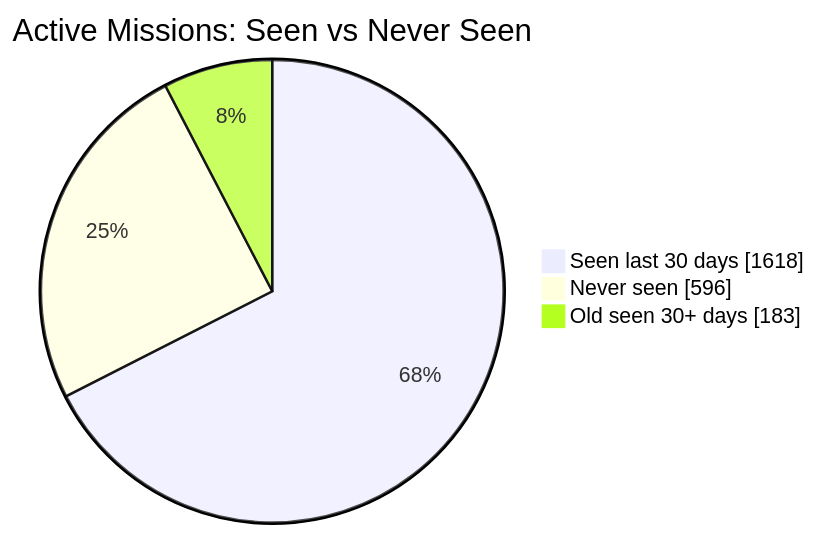
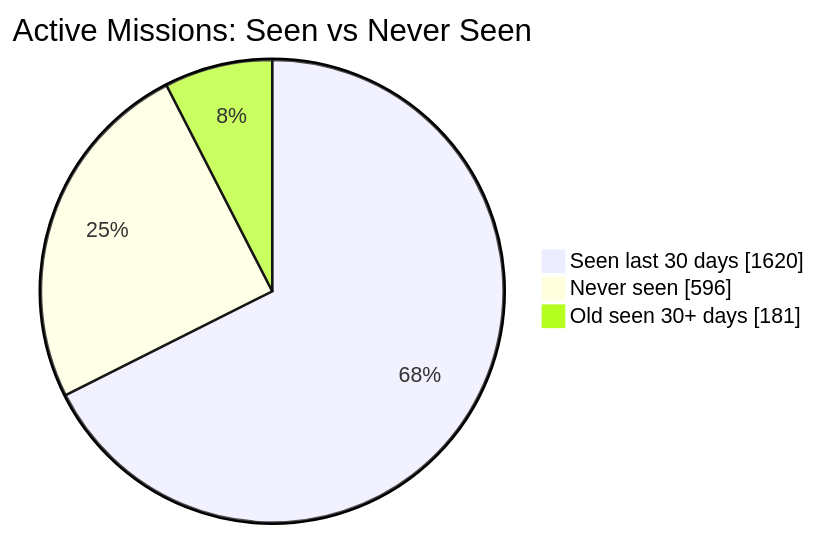
One commit to MeldkamerspelGameTeam/active-missions changed the first of 2 diagrams in README.md. Above: the diagram before and after it, drawn with Mermaid. The commit also changed other lines of this file and 2 other files, not shown here.

````diff
--- a/README.md
+++ b/README.md
@@ -34,7 +34,7 @@
 ```mermaid
 pie showData
     title Active Missions: Seen vs Never Seen
-    "Seen last 30 days" : 1618
+    "Seen last 30 days" : 1620
     "Never seen" : 596
-    "Old seen 30+ days" : 183
+    "Old seen 30+ days" : 181
 ```
````
